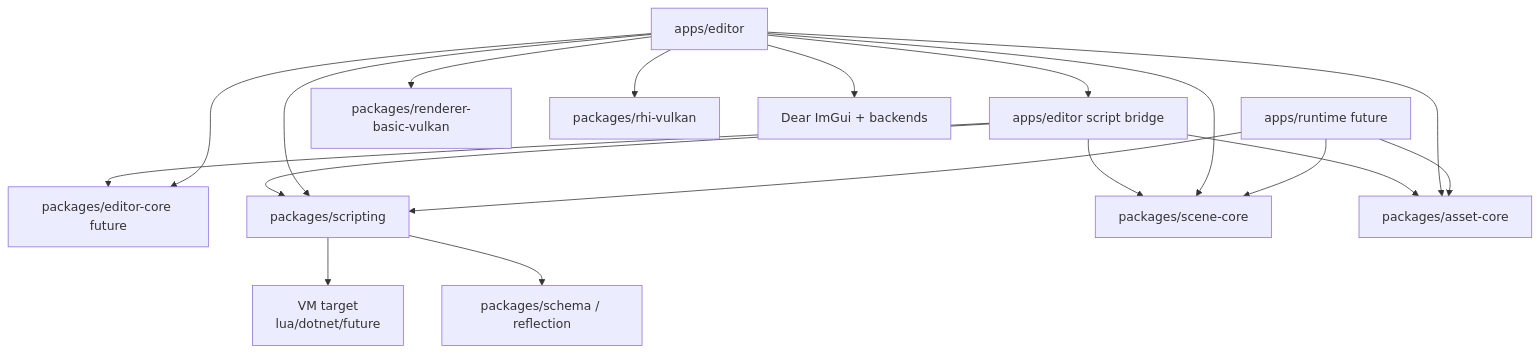
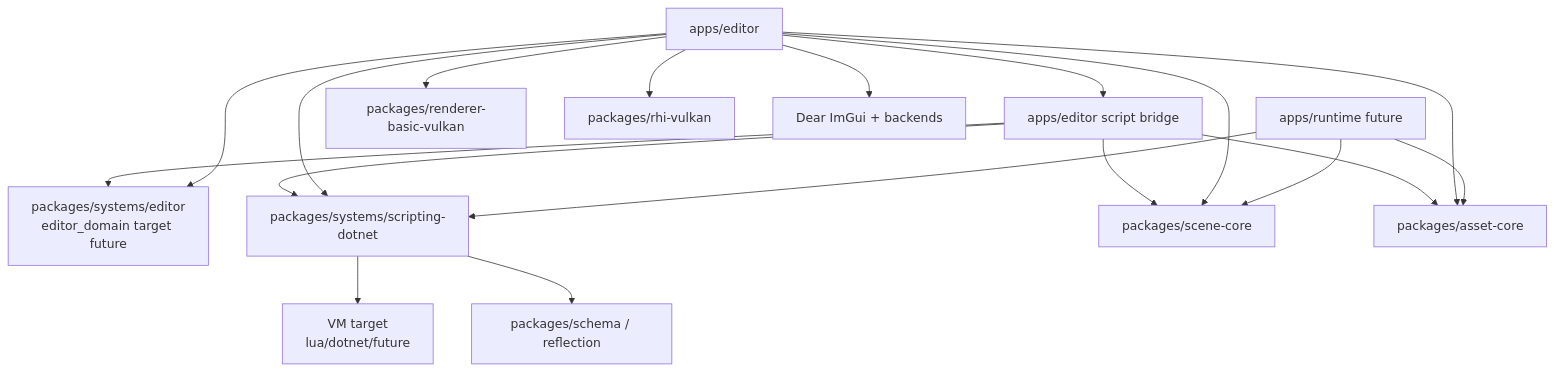
One commit to 66six11/Engine changed the first of 2 diagrams in docs/architecture/editor-ui-scripting.md. Above: the diagram before and after it, drawn with Mermaid. The commit also changed other lines of this file and 24 other files, not shown here.

Commit message:
docs: define package-first system architecture

````diff
--- a/docs/architecture/editor-ui-scripting.md
+++ b/docs/architecture/editor-ui-scripting.md
@@ -51,35 +51,35 @@
 ```mermaid
 flowchart TD
     RuntimeApp["apps/runtime future"]
     EditorApp["apps/editor"]
     EditorBridge["apps/editor script bridge"]
-    EditorCore["packages/editor-core future"]
-    Scripting["packages/scripting"]
+    EditorCore["packages/systems/editor<br/>editor_domain target future"]
+    Scripting["packages/systems/scripting-dotnet"]
     VM["VM target<br/>lua/dotnet/future"]
     Scene["packages/scene-core"]
     Asset["packages/asset-core"]
     Schema["packages/schema / reflection"]
     Renderer["packages/renderer-basic-vulkan"]
     RHI["packages/rhi-vulkan"]
     ImGui["Dear ImGui + backends"]
 
     RuntimeApp --> Scripting
     RuntimeApp --> Scene
     RuntimeApp --> Asset
 
     EditorApp --> ImGui
     EditorApp --> EditorCore
     EditorApp --> EditorBridge
     EditorApp --> Renderer
     EditorApp --> RHI
     EditorApp --> Scripting
     EditorApp --> Scene
     EditorApp --> Asset
 
     EditorBridge --> EditorCore
     EditorBridge --> Scripting
     EditorBridge --> Scene
     EditorBridge --> Asset
     Scripting --> VM
     Scripting --> Schema
 ```
````
